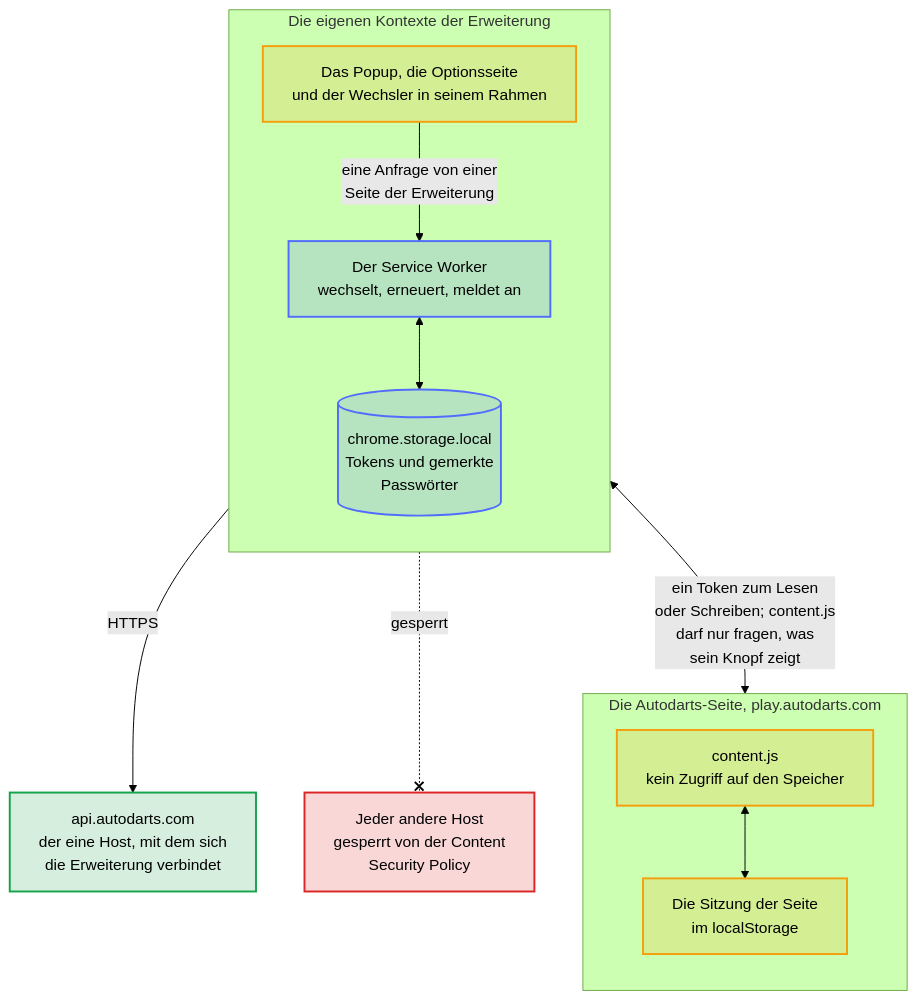
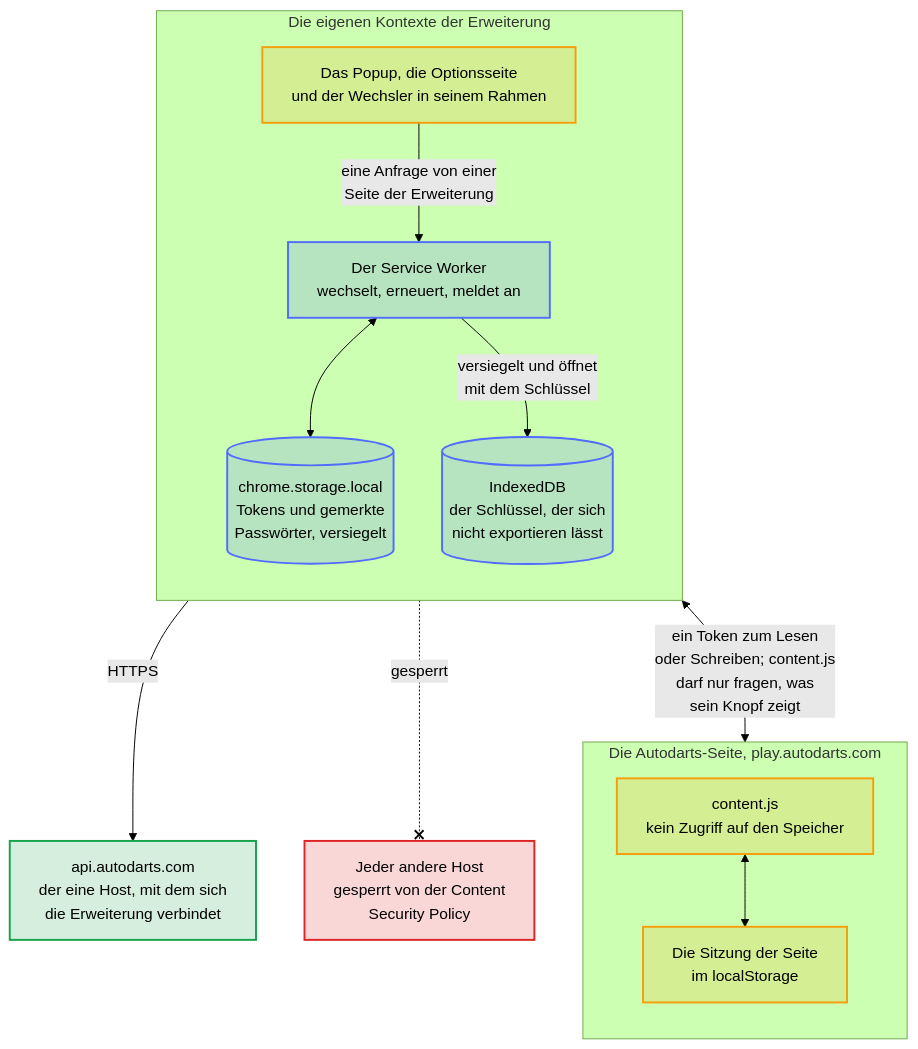
The diagram in docs/diagrams/who-reaches-the-accounts.de.mmd (Dennis-Otto/player-switch-for-autodarts), drawn with Mermaid (forest theme) before and after one commit. The commit also changed 35 other files, not shown here.

First line of the commit message:
feat(security): encrypt the stored sessions and passwords with a key that never leaves the browser (#68)

```diff
--- a/docs/diagrams/who-reaches-the-accounts.de.mmd
+++ b/docs/diagrams/who-reaches-the-accounts.de.mmd
@@ -1,38 +1,40 @@
 ---
 config:
   flowchart:
     wrappingWidth: 400
 ---
 flowchart TB
     accTitle: Wer an die gespeicherten Konten kommt
-    accDescr: Die gespeicherten Konten mit ihren Tokens und gemerkten Passwörtern liegen in chrome.storage.local, das nur die eigenen Kontexte der Erweiterung lesen können, der Service Worker und ihre Seiten: das Popup, die Optionsseite und der Wechsler in seinem Rahmen. content.js läuft in der Autodarts-Seite und kann den Speicher nicht lesen. Es darf den Service Worker nur fragen, was sein Knopf zeigt, nimmt Anfragen nur von dieser Erweiterung an und schreibt in die Sitzung der Seite nur einen Token. Der Service Worker nimmt eine Anfrage, die Konten zu sehen oder zu ändern, nur von einer Seite dieser Erweiterung an. Seine Content Security Policy lässt ihn nur mit api.autodarts.com verbinden, und der Browser sperrt jeden anderen Host.
+    accDescr: Die gespeicherten Konten liegen in chrome.storage.local, das nur die eigenen Kontexte der Erweiterung lesen können, der Service Worker und ihre Seiten: das Popup, die Optionsseite und der Wechsler in seinem Rahmen. Ihre Tokens und gemerkten Passwörter sind dort mit AES-GCM versiegelt; der Schlüssel lässt sich nicht exportieren und liegt in der IndexedDB der Erweiterung, die nur der Service Worker benutzt. content.js läuft in der Autodarts-Seite und kann den Speicher nicht lesen. Es darf den Service Worker nur fragen, was sein Knopf zeigt, nimmt Anfragen nur von dieser Erweiterung an und schreibt in die Sitzung der Seite nur einen Token. Der Service Worker nimmt eine Anfrage, die Konten zu sehen oder zu ändern, nur von einer Seite dieser Erweiterung an. Seine Content Security Policy lässt ihn nur mit api.autodarts.com verbinden, und der Browser sperrt jeden anderen Host.
 
     subgraph extension ["Die eigenen Kontexte der Erweiterung"]
         direction TB
         ui["Das Popup, die Optionsseite<br>und der Wechsler in seinem Rahmen"]
         worker["Der Service Worker<br>wechselt, erneuert, meldet an"]
-        storage[("chrome.storage.local<br>Tokens und gemerkte<br>Passwörter")]
+        storage[("chrome.storage.local<br>Tokens und gemerkte<br>Passwörter, versiegelt")]
+        key[("IndexedDB<br>der Schlüssel, der sich<br>nicht exportieren lässt")]
         ui -- "eine Anfrage von einer<br>Seite der Erweiterung" --> worker
         worker <--> storage
+        worker -- "versiegelt und öffnet<br>mit dem Schlüssel" --> key
     end
     subgraph page ["Die Autodarts-Seite, play.autodarts.com"]
         direction TB
         content["content.js<br>kein Zugriff auf den Speicher"]
         session["Die Sitzung der Seite<br>im localStorage"]
         content <--> session
     end
     api["api.autodarts.com<br>der eine Host, mit dem sich<br>die Erweiterung verbindet"]
     other["Jeder andere Host<br>gesperrt von der Content<br>Security Policy"]
 
     worker <-- "ein Token zum Lesen<br>oder Schreiben; content.js<br>darf nur fragen, was<br>sein Knopf zeigt" --> content
     worker -- "HTTPS" --> api
     worker -. "gesperrt" .-x other
 
     classDef bot fill:#526cfe2e,stroke:#526cfe,stroke-width:2px
     classDef done fill:#16a34a2e,stroke:#16a34a,stroke-width:2px
     classDef person fill:#f59e0b2e,stroke:#f59e0b,stroke-width:2px
     classDef failed fill:#dc26262e,stroke:#dc2626,stroke-width:2px
     class ui,content,session person
-    class worker,storage bot
+    class worker,storage,key bot
     class api done
     class other failed
```
